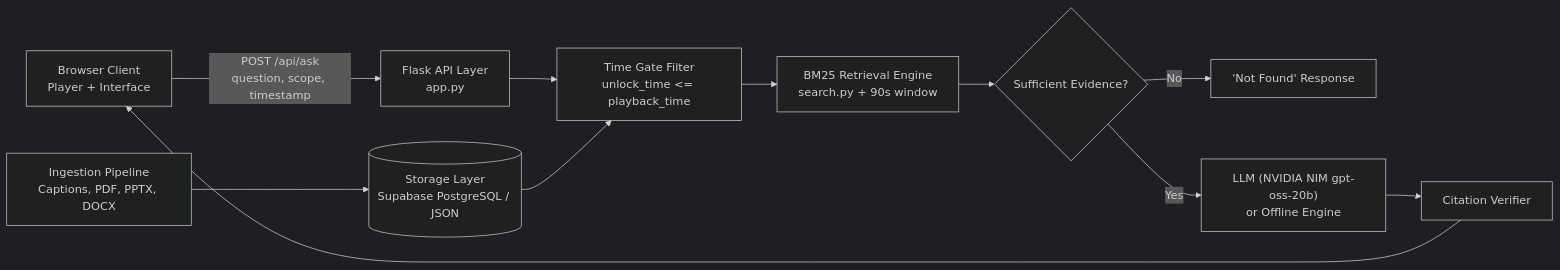
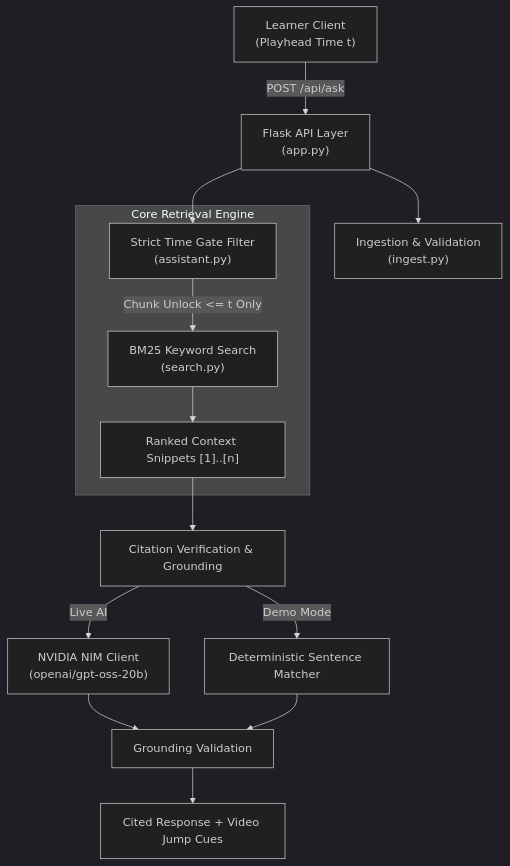
Before and after one commit to skavyansh15/LearnMate: the diagram in learnmate/README.md, drawn with Mermaid (dark theme). The commit also changed other lines of this file and 8 other files, not shown here.

````diff
--- a/learnmate/README.md
+++ b/learnmate/README.md
@@ -28,13 +68,19 @@
 ```mermaid
-flowchart LR
-    B["Browser Client<br/>Player + Interface"] -->|"POST /api/ask<br/>question, scope, timestamp"| A["Flask API Layer<br/>app.py"]
-    A --> G["Time Gate Filter<br/>unlock_time <= playback_time"]
-    G --> S["BM25 Retrieval Engine<br/>search.py + 90s window"]
-    S --> V{"Sufficient Evidence?"}
-    V -->|No| N["'Not Found' Response"]
-    V -->|Yes| L["LLM (NVIDIA NIM gpt-oss-20b)<br/>or Offline Engine"]
-    L --> C["Citation Verifier"]
-    C --> B
-    I["Ingestion Pipeline<br/>Captions, PDF, PPTX, DOCX"] --> ST[("Storage Layer<br/>Supabase PostgreSQL / JSON")]
-    ST --> G
+flowchart TD
+    User["Learner Client<br/>(Playhead Time t)"] -->|POST /api/ask| Flask["Flask API Layer<br/>(app.py)"]
+    Flask --> Ingest["Ingestion & Validation<br/>(ingest.py)"]
+    Flask --> Gate["Strict Time Gate Filter<br/>(assistant.py)"]
+    
+    subgraph Core Retrieval Engine
+        Gate -->|"Chunk Unlock <= t Only"| BM25["BM25 Keyword Search<br/>(search.py)"]
+        BM25 --> Evidence["Ranked Context Snippets [1]..[n]"]
+    end
+    
+    Evidence --> Verify["Citation Verification & Grounding"]
+    Verify -->|Live AI| LLM["NVIDIA NIM Client<br/>(openai/gpt-oss-20b)"]
+    Verify -->|Demo Mode| SentenceExtract["Deterministic Sentence Matcher"]
+    
+    LLM --> VerifyAnswer["Grounding Validation"]
+    SentenceExtract --> VerifyAnswer
+    VerifyAnswer --> Output["Cited Response + Video Jump Cues"]
 ```
````
